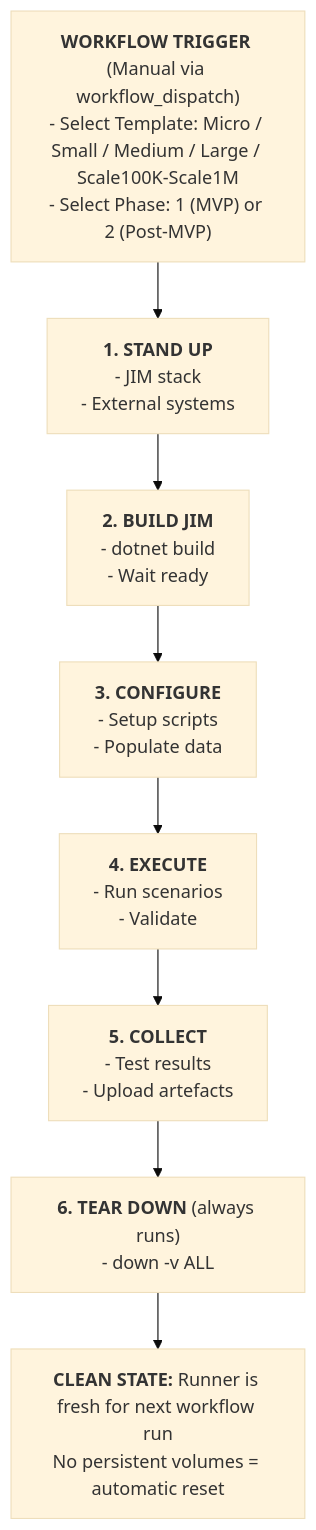
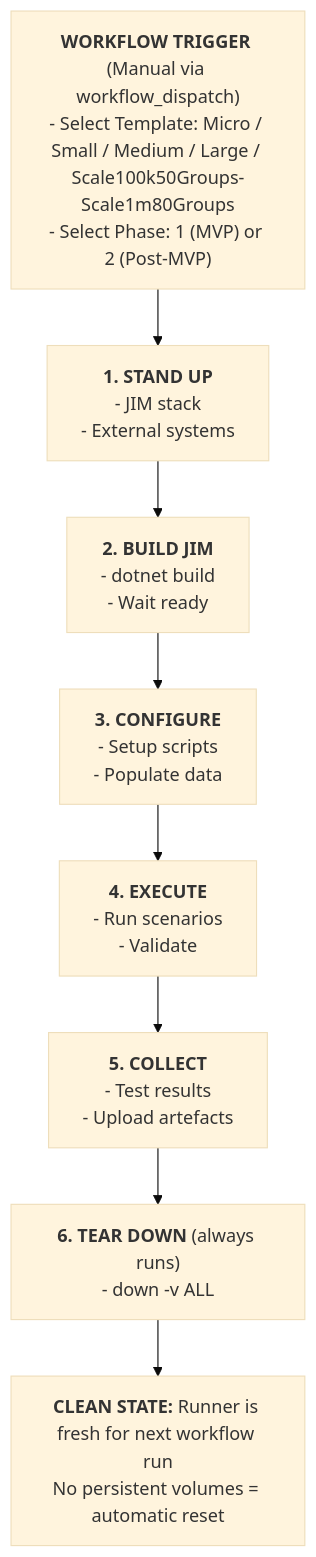
The second of 4 diagrams in engineering/INTEGRATION_TESTING.md (TetronIO/JIM), drawn with Mermaid (base theme) before and after one commit. The commit also changed other lines of this file and 31 other files, not shown here.

First line of the commit message:
test: rename scale templates and add Scale100k5kGroups long-tail template (#741)

````diff
--- a/engineering/INTEGRATION_TESTING.md
+++ b/engineering/INTEGRATION_TESTING.md
@@ -231,12 +232,12 @@
 ```mermaid
 flowchart TD
-    T["<b>WORKFLOW TRIGGER</b> (Manual via workflow_dispatch)<br/>- Select Template: Micro / Small / Medium / Large / Scale100K-Scale1M<br/>- Select Phase: 1 (MVP) or 2 (Post-MVP)"]
+    T["<b>WORKFLOW TRIGGER</b> (Manual via workflow_dispatch)<br/>- Select Template: Micro / Small / Medium / Large / Scale100k50Groups-Scale1m80Groups<br/>- Select Phase: 1 (MVP) or 2 (Post-MVP)"]
     S1["<b>1. STAND UP</b><br/>- JIM stack<br/>- External systems"]
     S2["<b>2. BUILD JIM</b><br/>- dotnet build<br/>- Wait ready"]
     S3["<b>3. CONFIGURE</b><br/>- Setup scripts<br/>- Populate data"]
     S4["<b>4. EXECUTE</b><br/>- Run scenarios<br/>- Validate"]
     S5["<b>5. COLLECT</b><br/>- Test results<br/>- Upload artefacts"]
     S6["<b>6. TEAR DOWN</b> (always runs)<br/>- down -v ALL"]
     C["<b>CLEAN STATE:</b> Runner is fresh for next workflow run<br/>No persistent volumes = automatic reset"]
     T --> S1 --> S2 --> S3 --> S4 --> S5 --> S6 --> C
 ```
````
